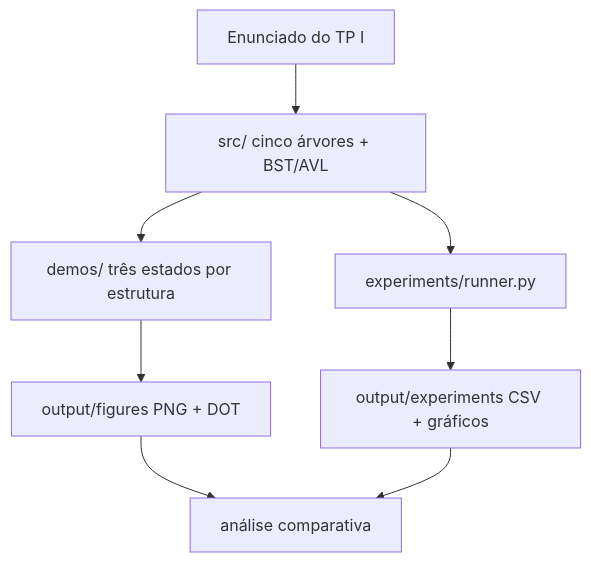
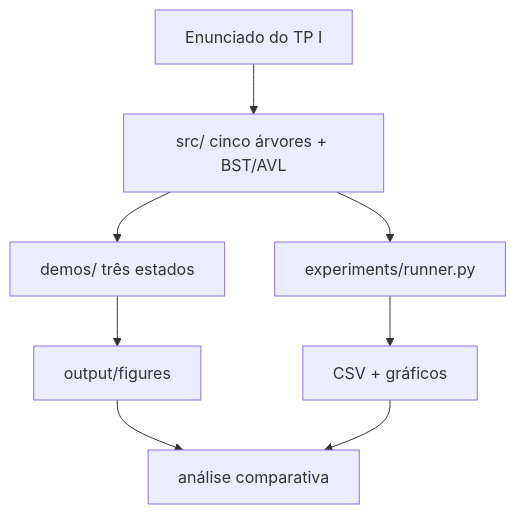
One commit to KairoHenrique/TP1-Estruturas-em-Arvores-Avancadas changed the diagram in README.md. Above: the diagram before and after it, drawn with Mermaid. The commit also changed other lines of this file, not shown here.

````diff
--- a/README.md
+++ b/README.md
@@ -88,10 +84,10 @@
 ```mermaid
 flowchart TD
     A["Enunciado do TP I"] --> B["src/ cinco árvores + BST/AVL"]
-    B --> C["demos/ três estados por estrutura"]
-    C --> D["output/figures PNG + DOT"]
+    B --> C["demos/ três estados"]
+    C --> D["output/figures"]
     B --> E["experiments/runner.py"]
-    E --> F["output/experiments CSV + gráficos"]
+    E --> F["CSV + gráficos"]
     D --> G["análise comparativa"]
     F --> G
 ```
````
